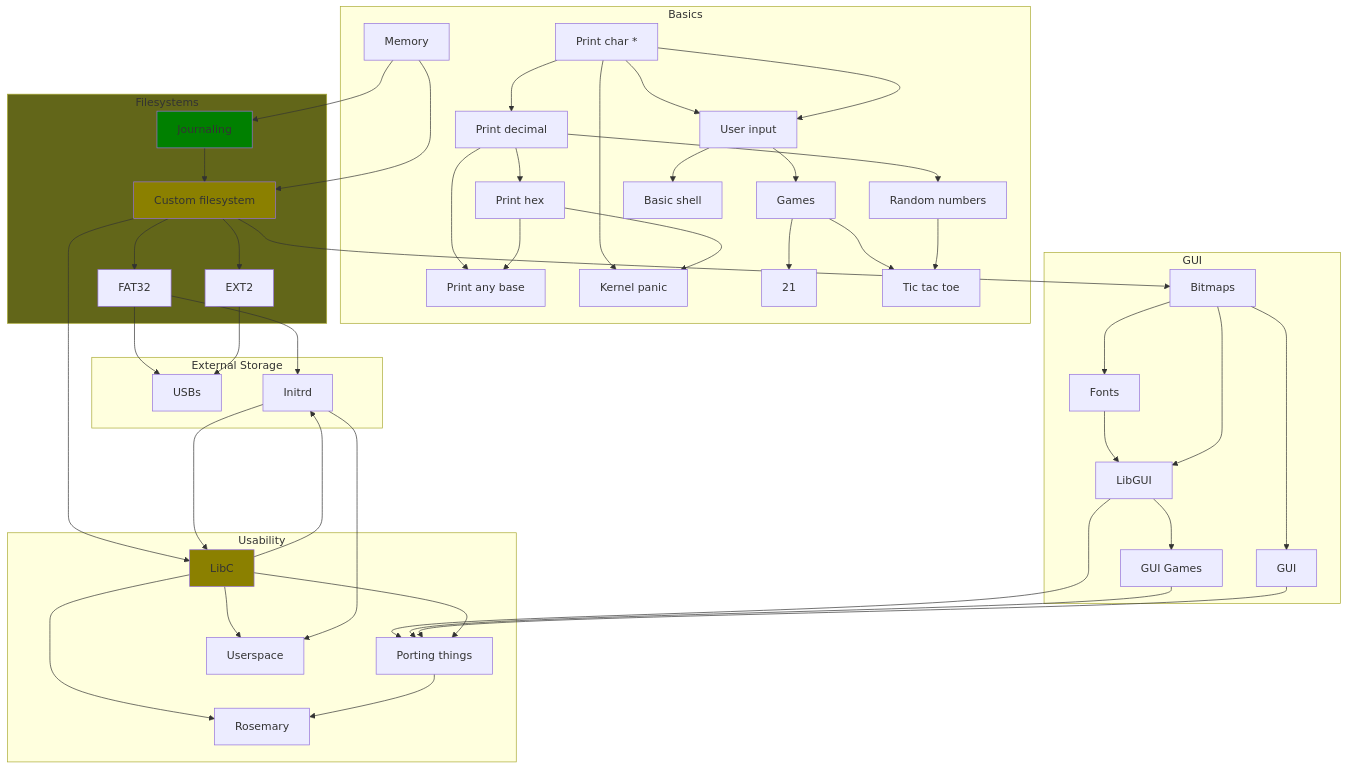
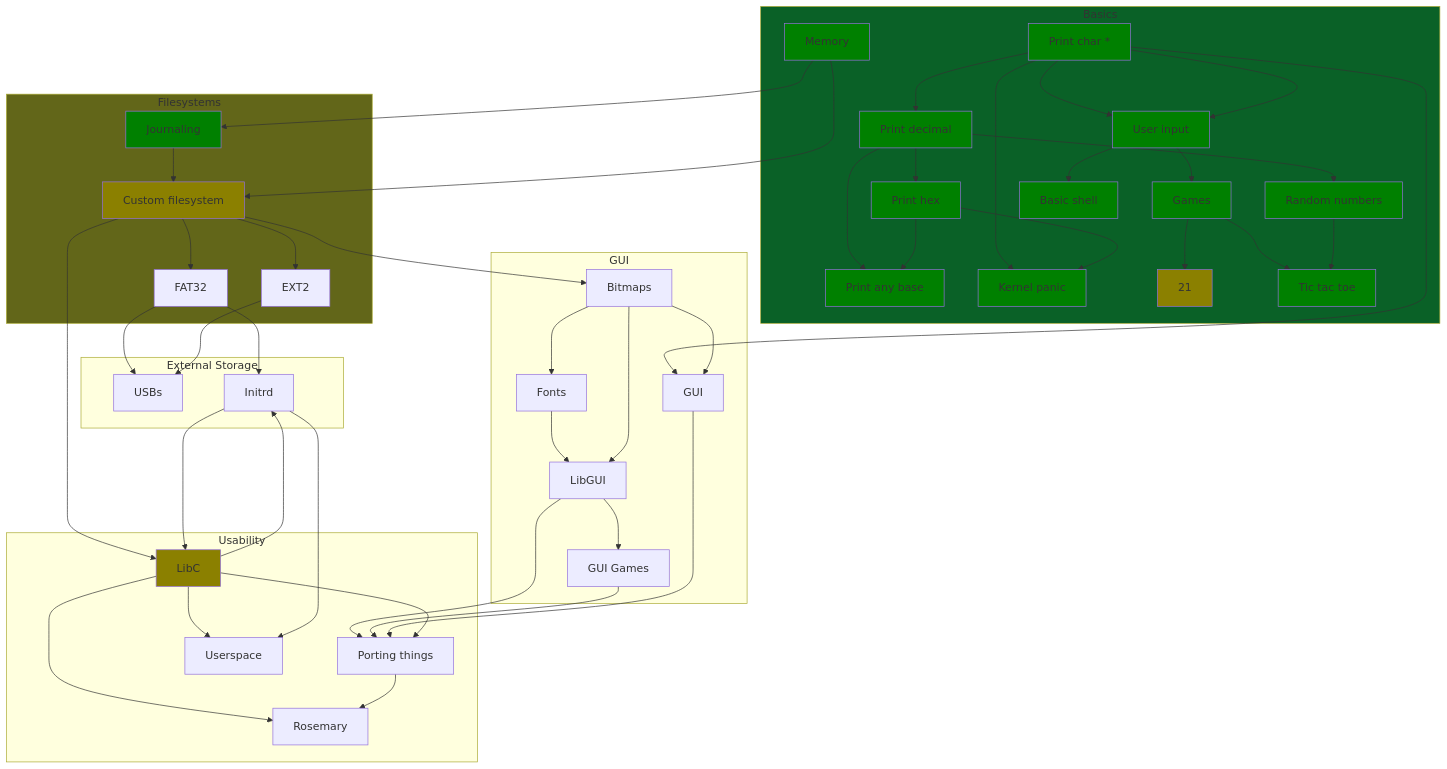
One commit to spartanproj/os changed the diagram in README.md. Above: the diagram before and after it, drawn with Mermaid.

````diff
--- a/README.md
+++ b/README.md
@@ -35,62 +35,76 @@
 ```mermaid
 graph TD
 subgraph Basics
 A1[Print char *]-->B1[Print decimal];
 B1-->C1[Print hex];
 B1-->D1[Print any base];
 C1-->D1;
 B1-->E1[Random numbers];
 F1[Memory];
 G1[Kernel panic];
 A1-->G1;
 C1-->G1;
 A1-->H1[User input];
 H1-->I1[Games];
 I1-->J1[21];
 I1-->K1[Tic tac toe];
 E1-->K1;
 A1-->H1-->L1[Basic shell];
+style A1 fill:green;
+style B1 fill:green;
+style C1 fill:green;
+style D1 fill:green;
+style E1 fill:green;
+style F1 fill:green;
+style G1 fill:green;
+style H1 fill:green;
+style I1 fill:green;
+style J1 fill:#8B8000;
+style K1 fill:green;
+style L1 fill:green;
 end
 subgraph Filesystems
 F1-->A;
 F1-->B;
 A[Journaling];
 B-->C[FAT32];
 B-->D[EXT2];
 A-->B[Custom filesystem];
 end
 subgraph GUI
+A1-->G;
 E[Bitmaps];
 F[Fonts];
 B-->E;
 E-->F;
 E-->G[GUI];
 F-->I;
 I-->H[GUI Games];
 E-->I[LibGUI];
 end
 subgraph Usability
 I-->J[Porting things];
 H-->J;
 G-->J;
 B-->L[LibC];
 L-->Q[Rosemary];
 J-->Q;
 L-->P[Userspace];
 end
 L-->J;
 subgraph External Storage
 C-->M[USBs];
 D-->M;
 
 C-->O[Initrd];
 O-->L;
 L-->O;
 O-->P;
 
 end
 style A fill:green;
 style L fill:#8B8000;
 style B fill:#8B8000;
 style Filesystems fill:#626619
+style Basics fill:#0a6127
 ```
````
